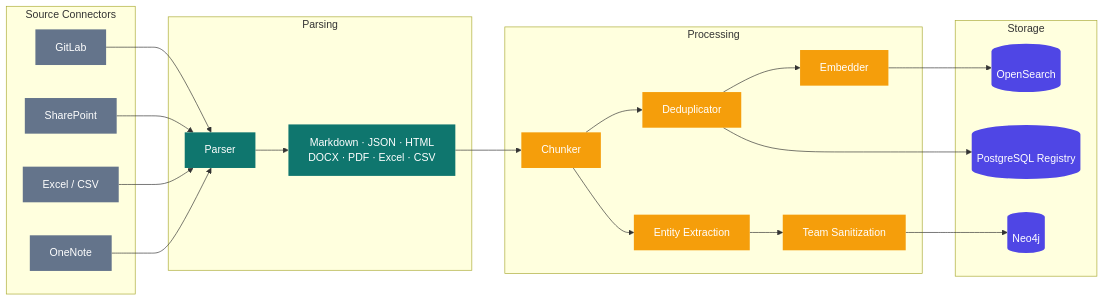
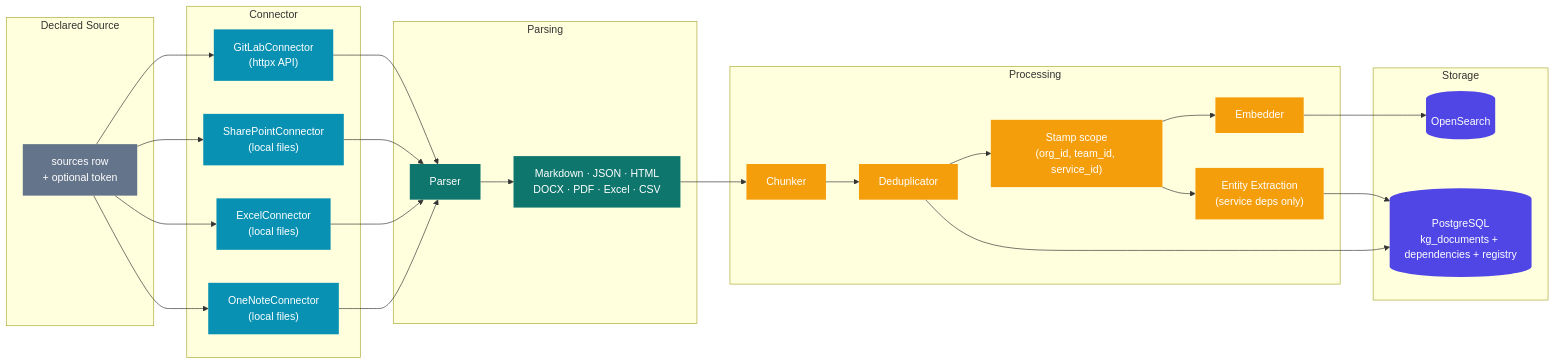
Before and after one commit to gurungabit/prism: the second of 5 diagrams in docs/data-flow.md, drawn with Mermaid. The commit also changed other lines of this file and 261 other files, not shown here.

First line of the commit message:
feat(catalog): declarative org/team/service/source model + drop legacy seed

````diff
--- a/docs/data-flow.md
+++ b/docs/data-flow.md
@@ -5,46 +51,55 @@
 ```mermaid
 graph LR
-    subgraph SRC["Source Connectors"]
-        GL["GitLab"]
-        SP["SharePoint"]
-        EX["Excel / CSV"]
-        ON["OneNote"]
+    subgraph SRC_BOX["Declared Source"]
+        S["sources row<br/>+ optional token"]
+    end
+
+    subgraph CONN_BOX["Connector"]
+        GL["GitLabConnector<br/>(httpx API)"]
+        SP["SharePointConnector<br/>(local files)"]
+        EX["ExcelConnector<br/>(local files)"]
+        ON["OneNoteConnector<br/>(local files)"]
     end
 
     subgraph PARSE["Parsing"]
         P["Parser"]
         FT["Markdown · JSON · HTML<br/>DOCX · PDF · Excel · CSV"]
     end
 
     subgraph PROC["Processing"]
         CH["Chunker"]
         DD["Deduplicator"]
+        SCP["Stamp scope<br/>(org_id, team_id, service_id)"]
         EM["Embedder"]
-        EE["Entity Extraction"]
-        TN["Team Sanitization"]
+        EE["Entity Extraction<br/>(service deps only)"]
     end
 
     subgraph STORE["Storage"]
         OS[(OpenSearch)]
-        N4J[(Neo4j)]
-        PG[(PostgreSQL Registry)]
+        PG[(PostgreSQL<br/>kg_documents + dependencies + registry)]
     end
 
+    S --> GL
+    S --> SP
+    S --> EX
+    S --> ON
     GL --> P
     SP --> P
     EX --> P
     ON --> P
-    P --> FT --> CH --> DD --> EM --> OS
-    CH --> EE --> TN --> N4J
+    P --> FT --> CH --> DD --> SCP --> EM --> OS
+    SCP --> EE --> PG
     DD --> PG
 
     classDef source fill:#64748b,color:#fff,stroke:none;
+    classDef conn fill:#0891b2,color:#fff,stroke:none;
     classDef parse fill:#0f766e,color:#fff,stroke:none;
     classDef proc fill:#f59e0b,color:#fff,stroke:none;
     classDef store fill:#4f46e5,color:#fff,stroke:none;
 
-    class GL,SP,EX,ON source;
+    class S source;
+    class GL,SP,EX,ON conn;
     class P,FT parse;
-    class CH,DD,EM,EE,TN proc;
-    class OS,N4J,PG store;
+    class CH,DD,SCP,EM,EE proc;
+    class OS,PG store;
 ```
````
